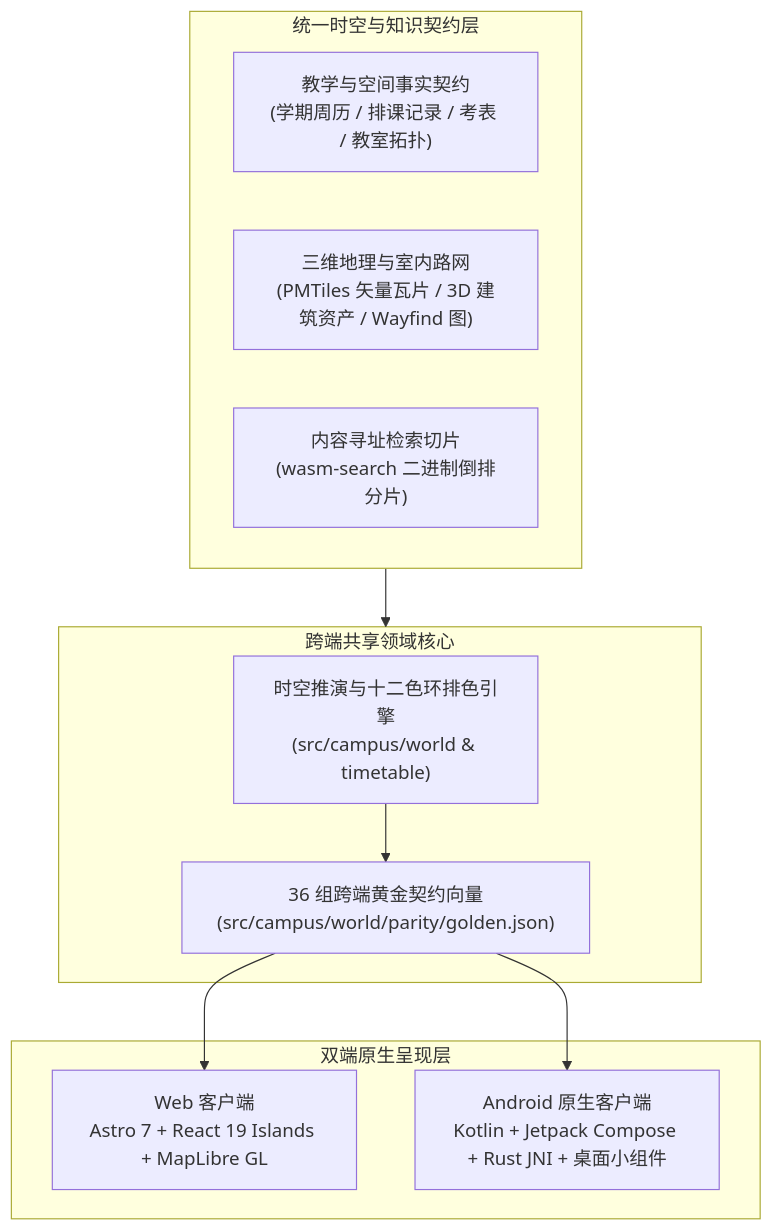
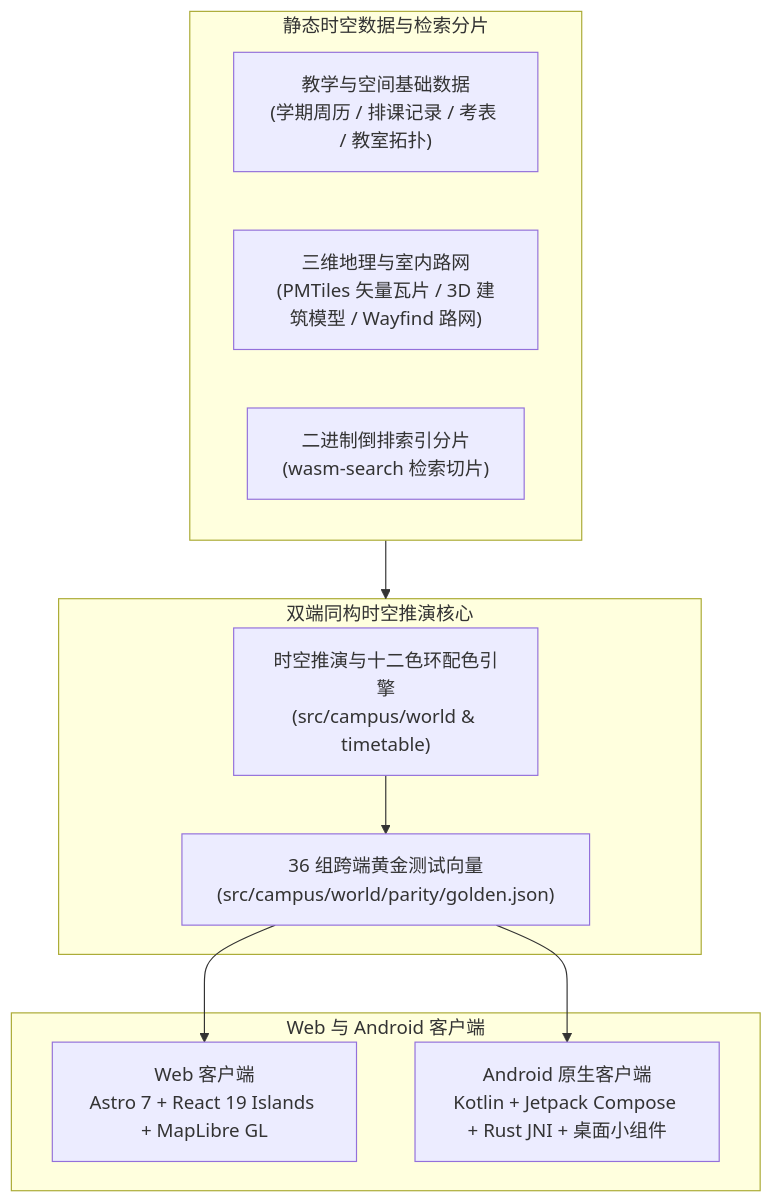
The diagram in README.md (NJUPT-CS-StuDev/studev), drawn with Mermaid before and after one commit. The commit also changed other lines of this file and 2 other files, not shown here.

Commit message:
Update two-line spatial-temporal digital twin subtitle, link carbentra-campus-platform, and refine Chinese prose

````diff
--- a/README.md
+++ b/README.md
@@ -101,23 +107,23 @@
 ```mermaid
 flowchart TB
-    subgraph Contract["统一时空与知识契约层"]
-        FACTS["教学与空间事实契约<br/>(学期周历 / 排课记录 / 考表 / 教室拓扑)"]
-        SPACE["三维地理与室内路网<br/>(PMTiles 矢量瓦片 / 3D 建筑资产 / Wayfind 图)"]
-        INDEX["内容寻址检索切片<br/>(wasm-search 二进制倒排分片)"]
+    subgraph Contract["静态时空数据与检索分片"]
+        FACTS["教学与空间基础数据<br/>(学期周历 / 排课记录 / 考表 / 教室拓扑)"]
+        SPACE["三维地理与室内路网<br/>(PMTiles 矢量瓦片 / 3D 建筑模型 / Wayfind 路网)"]
+        INDEX["二进制倒排索引分片<br/>(wasm-search 检索切片)"]
     end
 
-    subgraph Core["跨端共享领域核心"]
-        DOMAIN["时空推演与十二色环排色引擎<br/>(src/campus/world & timetable)"]
-        PARITY["36 组跨端黄金契约向量<br/>(src/campus/world/parity/golden.json)"]
+    subgraph Core["双端同构时空推演核心"]
+        DOMAIN["时空推演与十二色环配色引擎<br/>(src/campus/world & timetable)"]
+        PARITY["36 组跨端黄金测试向量<br/>(src/campus/world/parity/golden.json)"]
         DOMAIN --> PARITY
     end
 
-    subgraph Surfaces["双端原生呈现层"]
+    subgraph Surfaces["Web 与 Android 客户端"]
         WEB["Web 客户端<br/>Astro 7 + React 19 Islands + MapLibre GL"]
         ANDROID["Android 原生客户端<br/>Kotlin + Jetpack Compose + Rust JNI + 桌面小组件"]
     end
 
     Contract --> Core
     PARITY --> WEB
     PARITY --> ANDROID
 ```
````
